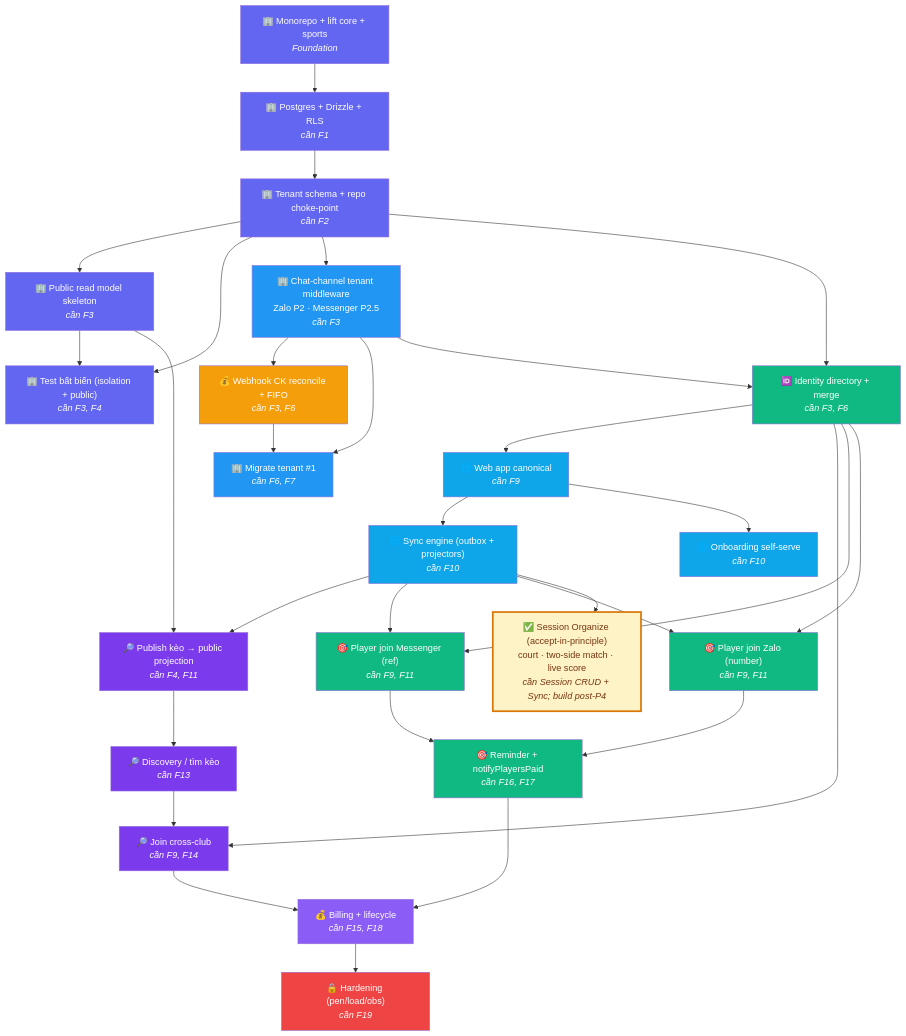
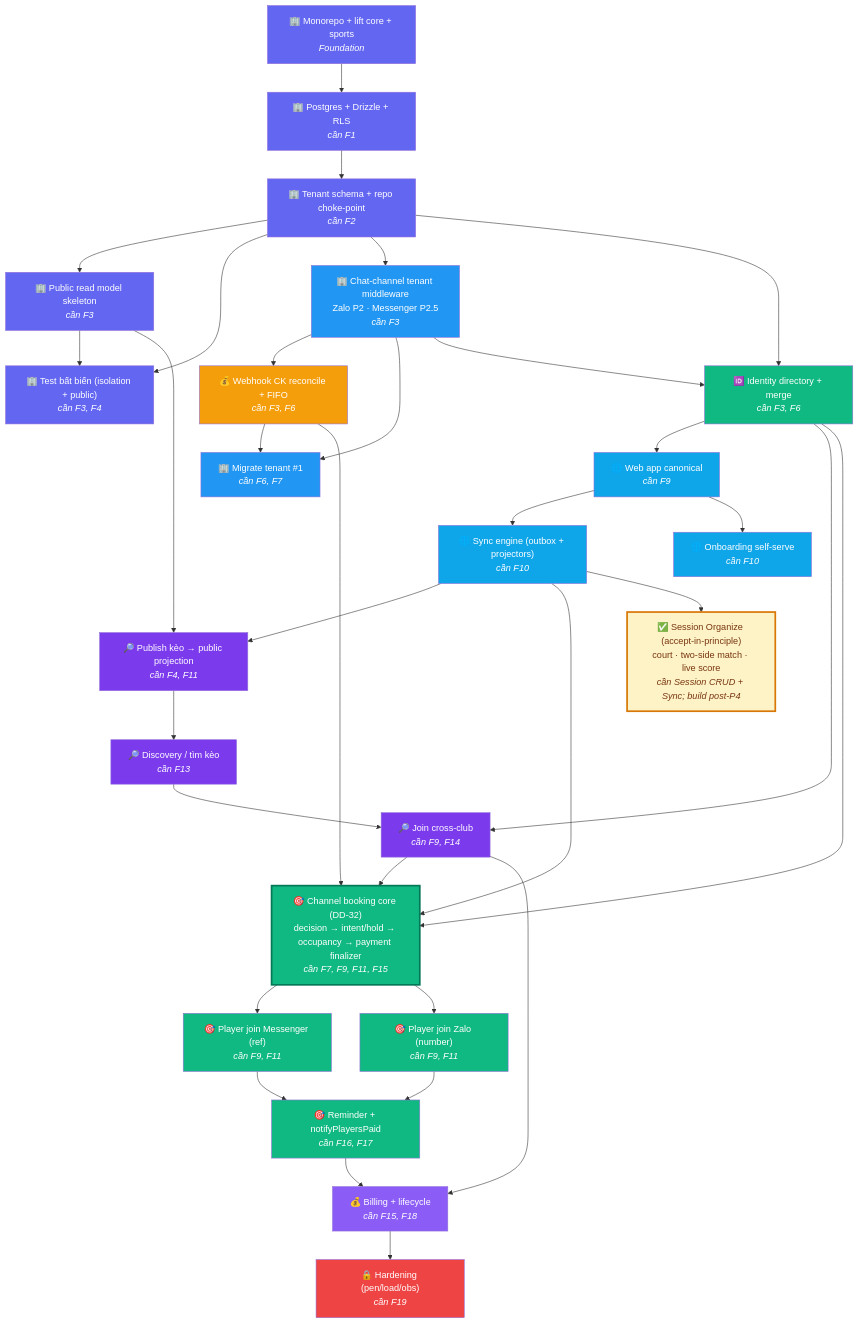
Before and after one commit to maingocanh1702/plexco-app: the second of 2 diagrams in docs/standards/feature-dependency-graph.md, drawn with Mermaid. The commit also changed other lines of this file and 26 other files, not shown here.

````diff
--- a/docs/standards/feature-dependency-graph.md
+++ b/docs/standards/feature-dependency-graph.md
@@ -10,75 +242,79 @@
 ```mermaid
 graph TD
     F1["🏢 Monorepo + lift core + sports<br/><i>Foundation</i>"]
     F2["🏢 Postgres + Drizzle + RLS<br/><i>cần F1</i>"]
     F3["🏢 Tenant schema + repo choke-point<br/><i>cần F2</i>"]
     F4["🏢 Public read model skeleton<br/><i>cần F3</i>"]
     F5["🏢 Test bất biến (isolation + public)<br/><i>cần F3, F4</i>"]
     F6["🏢 Chat-channel tenant middleware<br/>Zalo P2 · Messenger P2.5<br/><i>cần F3</i>"]
     F7["💰 Webhook CK reconcile + FIFO<br/><i>cần F3, F6</i>"]
     F8["🏢 Migrate tenant #1<br/><i>cần F6, F7</i>"]
     F9["🆔 Identity directory + merge<br/><i>cần F3, F6</i>"]
     F10["🌐 Web app canonical<br/><i>cần F9</i>"]
     F11["🌐 Sync engine (outbox + projectors)<br/><i>cần F10</i>"]
     F12["🌐 Onboarding self-serve<br/><i>cần F10</i>"]
     F13["🔎 Publish kèo → public projection<br/><i>cần F4, F11</i>"]
     F14["🔎 Discovery / tìm kèo<br/><i>cần F13</i>"]
     F15["🔎 Join cross-club<br/><i>cần F9, F14</i>"]
     F16["🎯 Player join Messenger (ref)<br/><i>cần F9, F11</i>"]
     F17["🎯 Player join Zalo (number)<br/><i>cần F9, F11</i>"]
     F18["🎯 Reminder + notifyPlayersPaid<br/><i>cần F16, F17</i>"]
     F19["💰 Billing + lifecycle<br/><i>cần F15, F18</i>"]
     F20["🔒 Hardening (pen/load/obs)<br/><i>cần F19</i>"]
     F21["✅ Session Organize (accept-in-principle)<br/>court · two-side match · live score<br/><i>cần Session CRUD + Sync; build post-P4</i>"]
+    F22["🎯 Channel booking core (DD-32)<br/>decision → intent/hold → occupancy → payment finalizer<br/><i>cần F7, F9, F11, F15</i>"]
 
     F1 --> F2 --> F3
     F3 --> F4
     F3 --> F5
     F4 --> F5
     F3 --> F6
     F6 --> F7
     F6 --> F8
     F7 --> F8
     F3 --> F9
     F6 --> F9
     F9 --> F10
     F10 --> F11
     F10 --> F12
     F4 --> F13
     F11 --> F13
     F13 --> F14
     F14 --> F15
     F9 --> F15
-    F9 --> F16
-    F11 --> F16
-    F9 --> F17
-    F11 --> F17
+    F7 --> F22
+    F9 --> F22
+    F11 --> F22
+    F15 --> F22
+    F22 --> F16
+    F22 --> F17
     F16 --> F18
     F17 --> F18
     F15 --> F19
     F18 --> F19
     F19 --> F20
     F11 --> F21
 
     style F1 fill:#6366f1,color:#fff
     style F2 fill:#6366f1,color:#fff
     style F3 fill:#6366f1,color:#fff
     style F4 fill:#6366f1,color:#fff
     style F5 fill:#6366f1,color:#fff
     style F6 fill:#2196F3,color:#fff
     style F7 fill:#f59e0b,color:#fff
     style F8 fill:#2196F3,color:#fff
     style F9 fill:#10b981,color:#fff
     style F10 fill:#0ea5e9,color:#fff
     style F11 fill:#0ea5e9,color:#fff
     style F12 fill:#0ea5e9,color:#fff
     style F13 fill:#7c3aed,color:#fff
     style F14 fill:#7c3aed,color:#fff
     style F15 fill:#7c3aed,color:#fff
     style F16 fill:#10b981,color:#fff
     style F17 fill:#10b981,color:#fff
     style F18 fill:#10b981,color:#fff
     style F19 fill:#8b5cf6,color:#fff
     style F20 fill:#ef4444,color:#fff
     style F21 fill:#fef3c7,color:#78350f,stroke:#d97706,stroke-width:3px
+    style F22 fill:#10b981,color:#fff,stroke:#047857,stroke-width:3px
 ```
````
